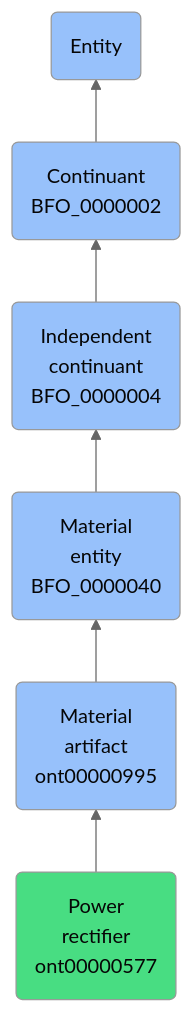
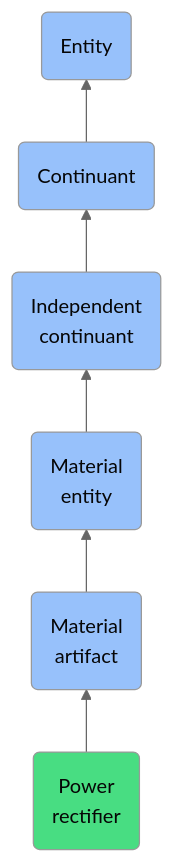
One commit to jupyter-naas/abi changed the diagram in docs/ontology/reference/model/Entity/Continuant/Independent continuant/Material entity/Material artifact/Power rectifier/Power rectifier.md. Above: the diagram before and after it, drawn with Mermaid (neutral theme). The commit also changed other lines of this file and 1430 other files, not shown here.

````diff
--- a/docs/ontology/reference/model/Entity/Continuant/Independent continuant/Material entity/Material artifact/Power rectifier/Power rectifier.md
+++ b/docs/ontology/reference/model/Entity/Continuant/Independent continuant/Material entity/Material artifact/Power rectifier/Power rectifier.md
@@ -24,13 +24,13 @@
 ```mermaid
 graph BT
-    ont00000577(Power<br>rectifier<br>ont00000577):::ABI-->ont00000995
-    ont00000995(Material<br>artifact<br>ont00000995):::BFO-->BFO_0000040
-    BFO_0000040(Material<br>entity<br>BFO_0000040):::BFO-->BFO_0000004
-    BFO_0000004(Independent<br>continuant<br>BFO_0000004):::BFO-->BFO_0000002
-    BFO_0000002(Continuant<br>BFO_0000002):::BFO-->BFO_0000001
+    ont00000577(Power<br>rectifier):::ABI-->ont00000995
+    ont00000995(Material<br>artifact):::BFO-->BFO_0000040
+    BFO_0000040(Material<br>entity):::BFO-->BFO_0000004
+    BFO_0000004(Independent<br>continuant):::BFO-->BFO_0000002
+    BFO_0000002(Continuant):::BFO-->BFO_0000001
     BFO_0000001(Entity):::BFO
     
     classDef BFO fill:#97c1fb,color:#060606
     classDef CCO fill:#e4c51e,color:#060606
     classDef ABI fill:#48DD82,color:#060606
 ```
````
